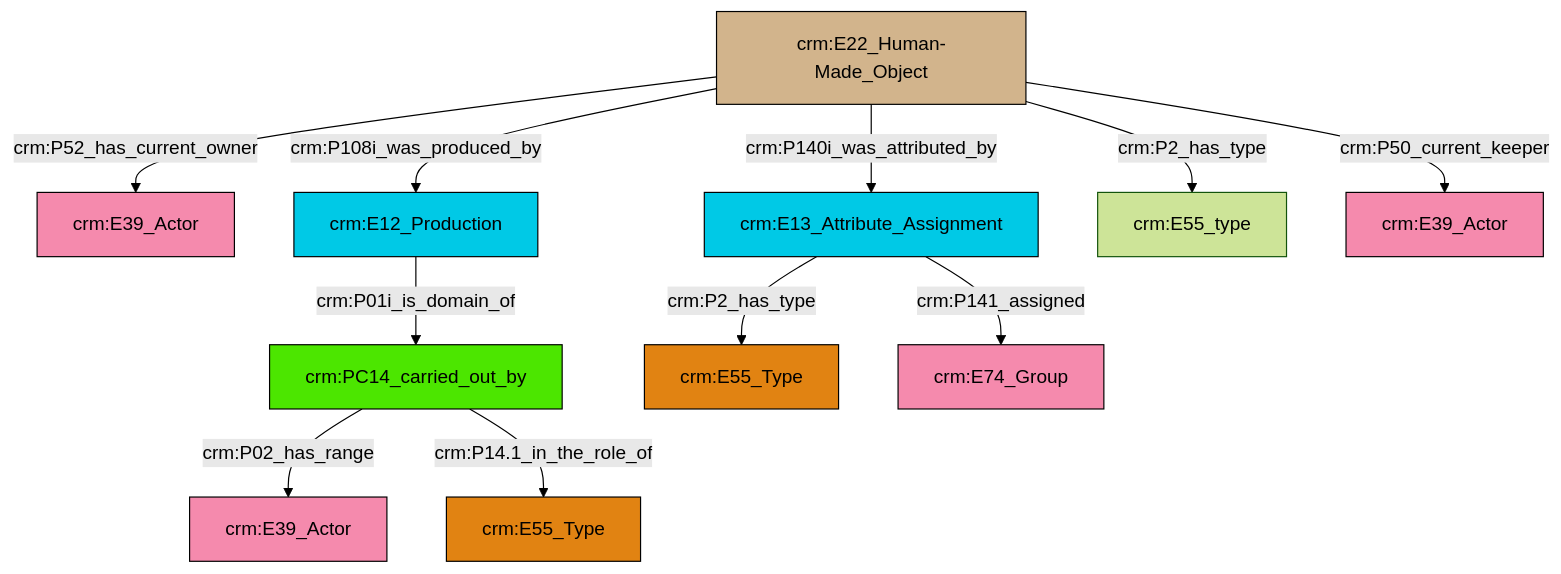
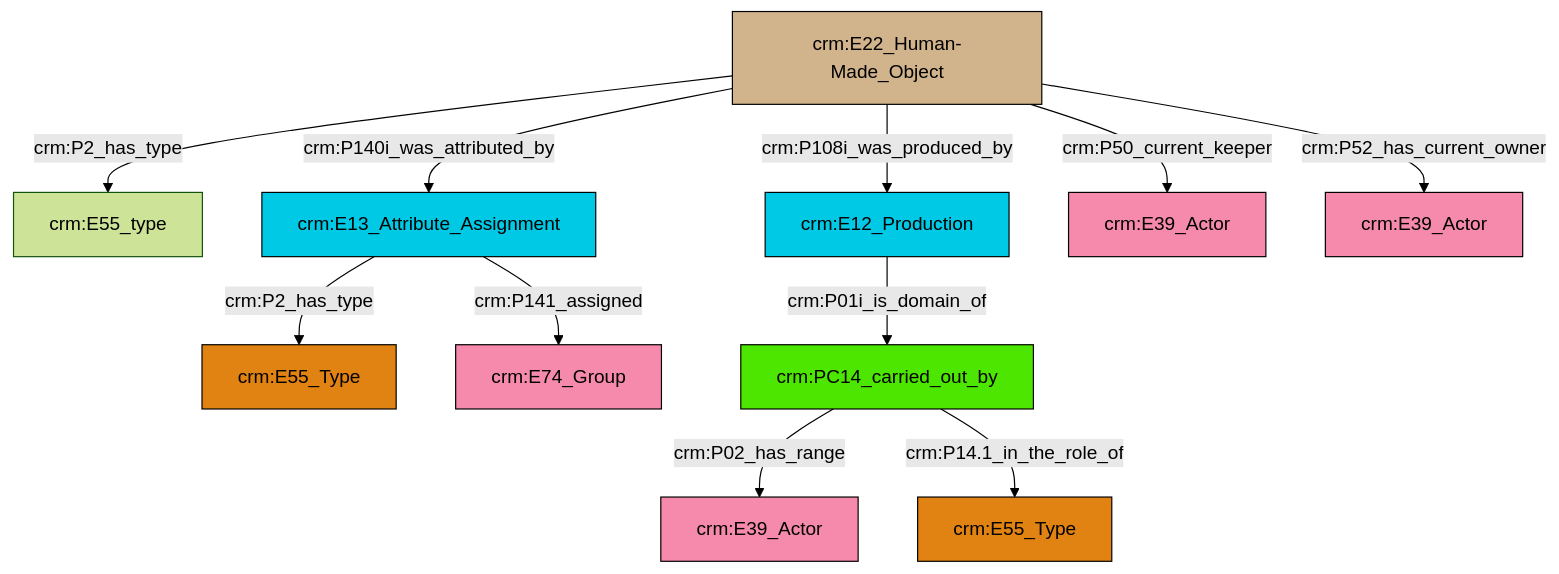
The diagram in et/artworkCSV/ttl/mmd/Artwork_Actor_Relations.ttl.mmd (swiss-art-research-net/docs.swissartresearch), drawn with Mermaid (forest theme) before and after one commit. The commit also changed 170 other files, not shown here.

```diff
--- a/et/artworkCSV/ttl/mmd/Artwork_Actor_Relations.ttl.mmd
+++ b/et/artworkCSV/ttl/mmd/Artwork_Actor_Relations.ttl.mmd
@@ -1,25 +1,25 @@
 graph TD
 classDef Literal fill:#f2f2f2,stroke:#000000;
 classDef CRM_Entity fill:#FFFFFF,stroke:#000000;
 classDef Temporal_Entity fill:#00C9E6, stroke:#000000;
 classDef Type fill:#E18312, stroke:#000000;
 classDef Time-Span fill:#2C9C91, stroke:#000000;
 classDef Appellation fill:#FFEB7F, stroke:#000000;
 classDef Place fill:#008836, stroke:#000000;
 classDef Persistent_Item fill:#B266B2, stroke:#000000;
 classDef Conceptual_Object fill:#FFD700, stroke:#000000;
 classDef Physical_Thing fill:#D2B48C, stroke:#000000;
 classDef Actor fill:#f58aad, stroke:#000000;
 classDef PC_Classes fill:#4ce600, stroke:#000000;
 classDef Multi fill:#cccccc,stroke:#000000;
 
-2["crm:E22_Human-Made_Object"]:::Physical_Thing -->|crm:P108i_was_produced_by| 3["crm:E12_Production"]:::Temporal_Entity
-3["crm:E12_Production"]:::Temporal_Entity -->|crm:P01i_is_domain_of| 7["crm:PC14_carried_out_by"]:::PC_Classes
-4["crm:E13_Attribute_Assignment"]:::Temporal_Entity -->|crm:P141_assigned| 13["crm:E74_Group"]:::Actor
-2["crm:E22_Human-Made_Object"]:::Physical_Thing -->|crm:P50_current_keeper| 18["crm:E39_Actor"]:::Actor
-7["crm:PC14_carried_out_by"]:::PC_Classes -->|crm:P02_has_range| 8["crm:E39_Actor"]:::Actor
-2["crm:E22_Human-Made_Object"]:::Physical_Thing -->|crm:P2_has_type| 16["crm:E55_type"]:::Default
-4["crm:E13_Attribute_Assignment"]:::Temporal_Entity -->|crm:P2_has_type| 11["crm:E55_Type"]:::Type
-7["crm:PC14_carried_out_by"]:::PC_Classes -->|crm:P14.1_in_the_role_of| 14["crm:E55_Type"]:::Type
-2["crm:E22_Human-Made_Object"]:::Physical_Thing -->|crm:P140i_was_attributed_by| 4["crm:E13_Attribute_Assignment"]:::Temporal_Entity
-2["crm:E22_Human-Made_Object"]:::Physical_Thing -->|crm:P52_has_current_owner| 0["crm:E39_Actor"]:::Actor
+0["crm:E13_Attribute_Assignment"]:::Temporal_Entity -->|crm:P2_has_type| 1["crm:E55_Type"]:::Type
+2["crm:E22_Human-Made_Object"]:::Physical_Thing -->|crm:P2_has_type| 3["crm:E55_type"]:::Default
+2["crm:E22_Human-Made_Object"]:::Physical_Thing -->|crm:P140i_was_attributed_by| 0["crm:E13_Attribute_Assignment"]:::Temporal_Entity
+4["crm:PC14_carried_out_by"]:::PC_Classes -->|crm:P02_has_range| 8["crm:E39_Actor"]:::Actor
+2["crm:E22_Human-Made_Object"]:::Physical_Thing -->|crm:P108i_was_produced_by| 12["crm:E12_Production"]:::Temporal_Entity
+2["crm:E22_Human-Made_Object"]:::Physical_Thing -->|crm:P50_current_keeper| 6["crm:E39_Actor"]:::Actor
+0["crm:E13_Attribute_Assignment"]:::Temporal_Entity -->|crm:P141_assigned| 15["crm:E74_Group"]:::Actor
+4["crm:PC14_carried_out_by"]:::PC_Classes -->|crm:P14.1_in_the_role_of| 10["crm:E55_Type"]:::Type
+12["crm:E12_Production"]:::Temporal_Entity -->|crm:P01i_is_domain_of| 4["crm:PC14_carried_out_by"]:::PC_Classes
+2["crm:E22_Human-Made_Object"]:::Physical_Thing -->|crm:P52_has_current_owner| 21["crm:E39_Actor"]:::Actor
```
